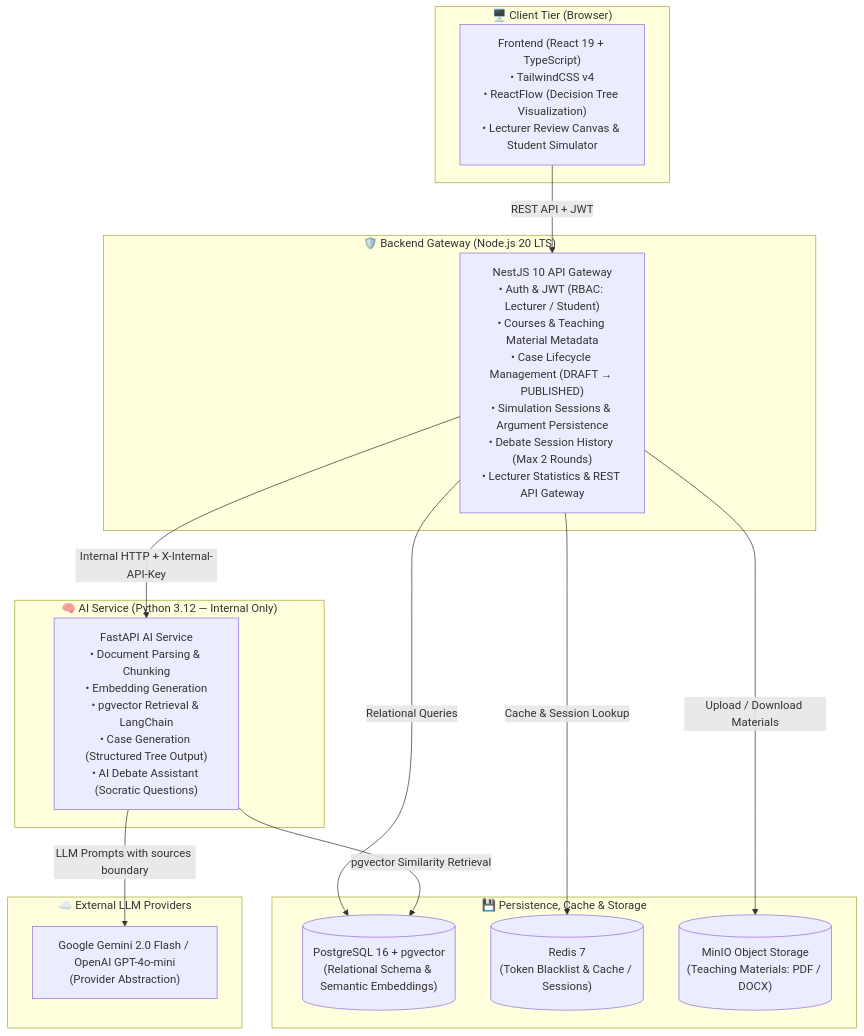
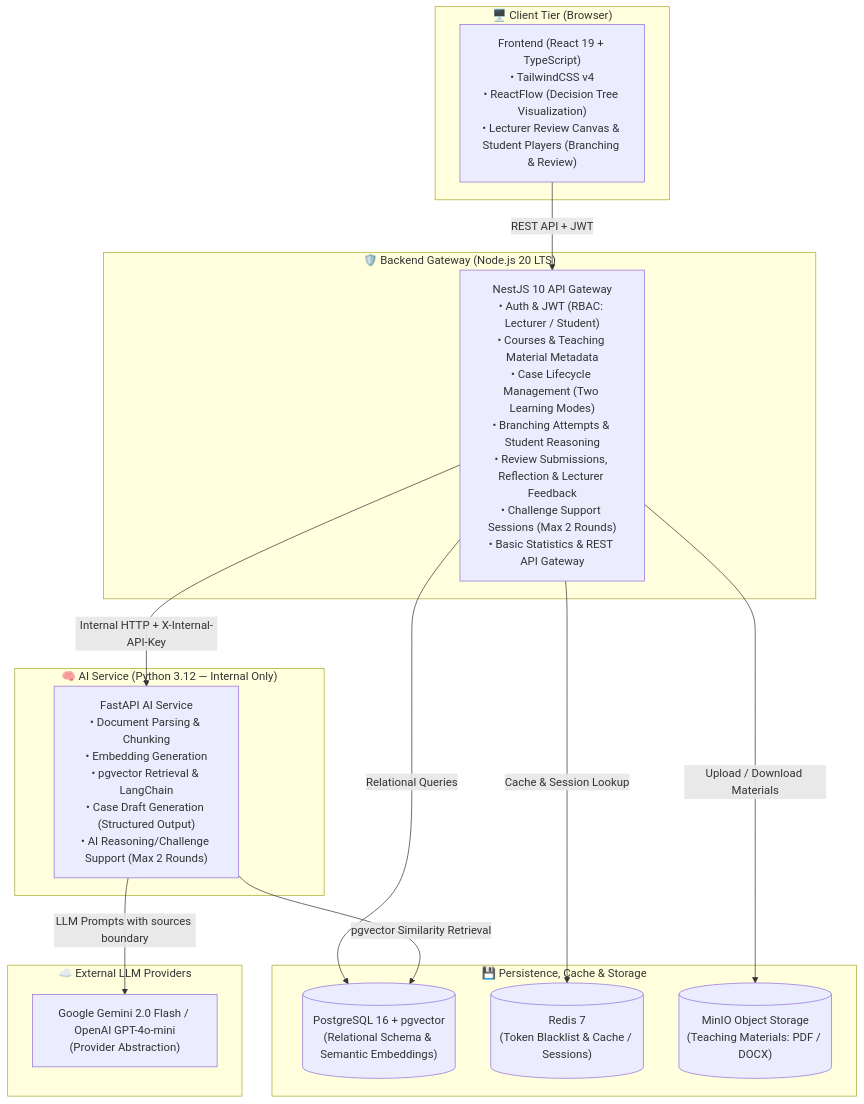
The diagram in README.md (HoangNam2464/CaseTree-AI), drawn with Mermaid before and after one commit. The commit also changed other lines of this file and 16 other files, not shown here.

Commit message:
docs(docs): update architecture, feature specs, and traceability for Proposal V1.1

````diff
--- a/README.md
+++ b/README.md
@@ -93,32 +115,32 @@
 ```mermaid
 flowchart TD
     subgraph Client ["🖥️ Client Tier (Browser)"]
-        FE["Frontend (React 19 + TypeScript)\n• TailwindCSS v4\n• ReactFlow (Decision Tree Visualization)\n• Lecturer Review Canvas & Student Simulator"]
+        FE["Frontend (React 19 + TypeScript)\n• TailwindCSS v4\n• ReactFlow (Decision Tree Visualization)\n• Lecturer Review Canvas & Student Players (Branching & Review)"]
     end
 
     subgraph Gateway ["🛡️ Backend Gateway (Node.js 20 LTS)"]
-        BG["NestJS 10 API Gateway\n• Auth & JWT (RBAC: Lecturer / Student)\n• Courses & Teaching Material Metadata\n• Case Lifecycle Management (DRAFT → PUBLISHED)\n• Simulation Sessions & Argument Persistence\n• Debate Session History (Max 2 Rounds)\n• Lecturer Statistics & REST API Gateway"]
+        BG["NestJS 10 API Gateway\n• Auth & JWT (RBAC: Lecturer / Student)\n• Courses & Teaching Material Metadata\n• Case Lifecycle Management (Two Learning Modes)\n• Branching Attempts & Student Reasoning\n• Review Submissions, Reflection & Lecturer Feedback\n• Challenge Support Sessions (Max 2 Rounds)\n• Basic Statistics & REST API Gateway"]
     end
 
     subgraph Storage ["💾 Persistence, Cache & Storage"]
         PG[("PostgreSQL 16 + pgvector\n(Relational Schema & Semantic Embeddings)")]
         REDIS[("Redis 7\n(Token Blacklist & Cache / Sessions)")]
         MINIO[("MinIO Object Storage\n(Teaching Materials: PDF / DOCX)")]
     end
 
     subgraph InternalAI ["🧠 AI Service (Python 3.12 — Internal Only)"]
-        AI["FastAPI AI Service\n• Document Parsing & Chunking\n• Embedding Generation\n• pgvector Retrieval & LangChain\n• Case Generation (Structured Tree Output)\n• AI Debate Assistant (Socratic Questions)"]
+        AI["FastAPI AI Service\n• Document Parsing & Chunking\n• Embedding Generation\n• pgvector Retrieval & LangChain\n• Case Draft Generation (Structured Output)\n• AI Reasoning/Challenge Support (Max 2 Rounds)"]
     end
 
     subgraph Providers ["☁️ External LLM Providers"]
         LLM["Google Gemini 2.0 Flash / OpenAI GPT-4o-mini\n(Provider Abstraction)"]
     end
 
     FE -->|REST API + JWT| BG
     BG -->|Relational Queries| PG
     BG -->|Cache & Session Lookup| REDIS
     BG -->|Upload / Download Materials| MINIO
     BG -->|Internal HTTP + X-Internal-API-Key| AI
     AI -->|pgvector Similarity Retrieval| PG
     AI -->|LLM Prompts with sources boundary| LLM
 ```
````
